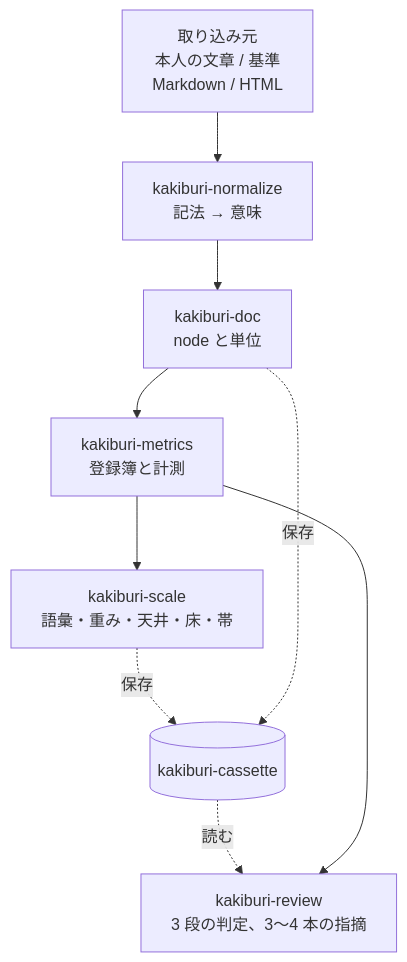
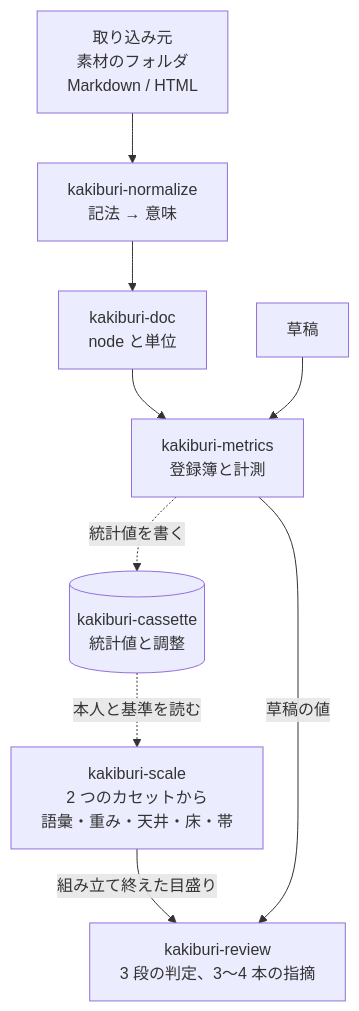
One commit to lambdalisue/kuchiyose changed the first of 2 diagrams in docs/design/000-architecture.md. Above: the diagram before and after it, drawn with Mermaid. The commit also changed other lines of this file and 20 other files, not shown here.

````diff
--- a/docs/design/000-architecture.md
+++ b/docs/design/000-architecture.md
@@ -35,19 +35,20 @@
 ```mermaid
 flowchart TB
-    src["取り込み元<br/>本人の文章 / 基準<br/>Markdown / HTML"]
+    src["取り込み元<br/>素材のフォルダ<br/>Markdown / HTML"]
     norm["kakiburi-normalize<br/>記法 → 意味"]
     doc["kakiburi-doc<br/>node と単位"]
     met["kakiburi-metrics<br/>登録簿と計測"]
-    scale["kakiburi-scale<br/>語彙・重み・天井・床・帯"]
+    cas[("kakiburi-cassette<br/>統計値と調整")]
+    scale["kakiburi-scale<br/>2 つのカセットから<br/>語彙・重み・天井・床・帯"]
     rev["kakiburi-review<br/>3 段の判定、3〜4 本の指摘"]
-    cas[("kakiburi-cassette")]
+    draft["草稿"]
 
     src --> norm
     norm --> doc
     doc --> met
-    met --> scale
-    scale -. 保存 .-> cas
-    doc -. 保存 .-> cas
-    cas -. 読む .-> rev
-    met --> rev
+    met -. 統計値を書く .-> cas
+    cas -. 本人と基準を読む .-> scale
+    scale -- 組み立て終えた目盛り --> rev
+    draft --> met
+    met -- 草稿の値 --> rev
 ```
````
